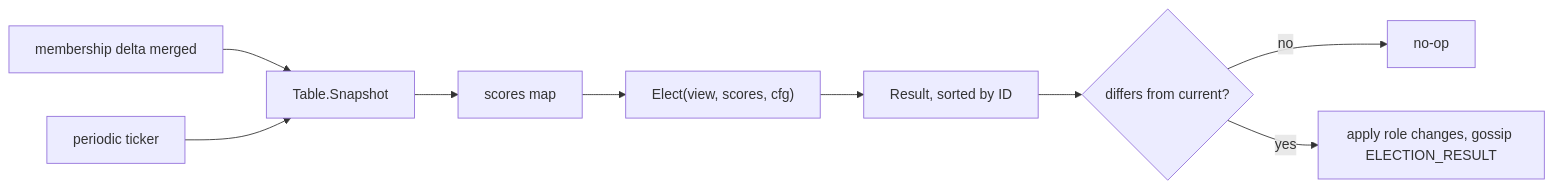
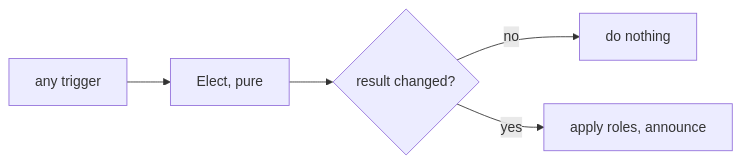
One commit to Aditya-Jyoti/swarm-communication changed the diagram in docs/concepts/idempotence-and-hysteresis.md. Above: the diagram before and after it, drawn with Mermaid. The commit also changed other lines of this file and 2 other files, not shown here.

Commit message:
docs(concepts): simplify election, health seam and quorum pages

````diff
--- a/docs/concepts/idempotence-and-hysteresis.md
+++ b/docs/concepts/idempotence-and-hysteresis.md
@@ -43,11 +37,7 @@
 ```mermaid
 flowchart LR
-    E[membership delta merged] --> V[Table.Snapshot]
-    T[periodic ticker] --> V
-    V --> S[scores map]
-    S --> X["Elect(view, scores, cfg)"]
-    X --> R[Result, sorted by ID]
-    R --> D{differs from current?}
-    D -->|no| N[no-op]
-    D -->|yes| A[apply role changes, gossip ELECTION_RESULT]
+    T[any trigger] --> E[Elect, pure]
+    E --> D{result changed?}
+    D -->|no| N[do nothing]
+    D -->|yes| A[apply roles, announce]
 ```
````
